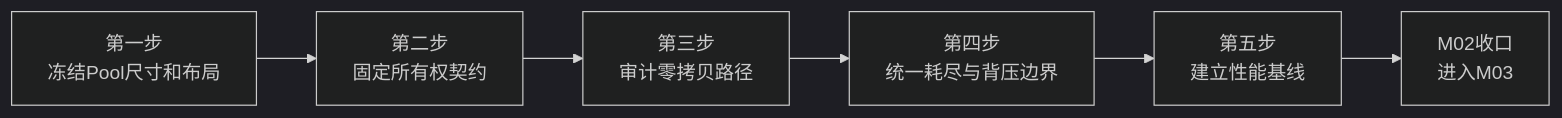
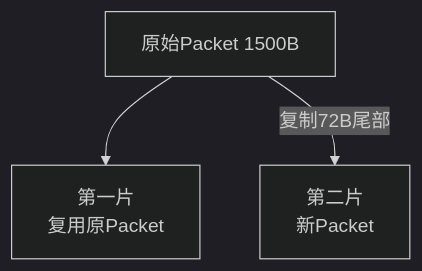
The fourth of 5 diagrams in linkg-project-plan/LinkG项目具体落实方案_模块化/02-M02-Packet与数据包资源管理.md (wnd443724421-cell/linkg), drawn with Mermaid (dark theme) before and after one commit. The commit also changed other lines of this file, not shown here.

````diff
--- a/linkg-project-plan/LinkG项目具体落实方案_模块化/02-M02-Packet与数据包资源管理.md
+++ b/linkg-project-plan/LinkG项目具体落实方案_模块化/02-M02-Packet与数据包资源管理.md
@@ -622,8 +589,6 @@
 ```mermaid
-flowchart LR
-    A[第一步<br/>冻结Pool尺寸和布局] --> B[第二步<br/>固定所有权契约]
-    B --> C[第三步<br/>审计零拷贝路径]
-    C --> D[第四步<br/>统一耗尽与背压边界]
-    D --> E[第五步<br/>建立性能基线]
-    E --> F[M02收口<br/>进入M03]
+flowchart TD
+    ORIGINAL[原始Packet 1500B]
+    ORIGINAL --> FIRST[第一片<br/>复用原Packet]
+    ORIGINAL -->|复制72B尾部| SECOND[第二片<br/>新Packet]
 ```
````
